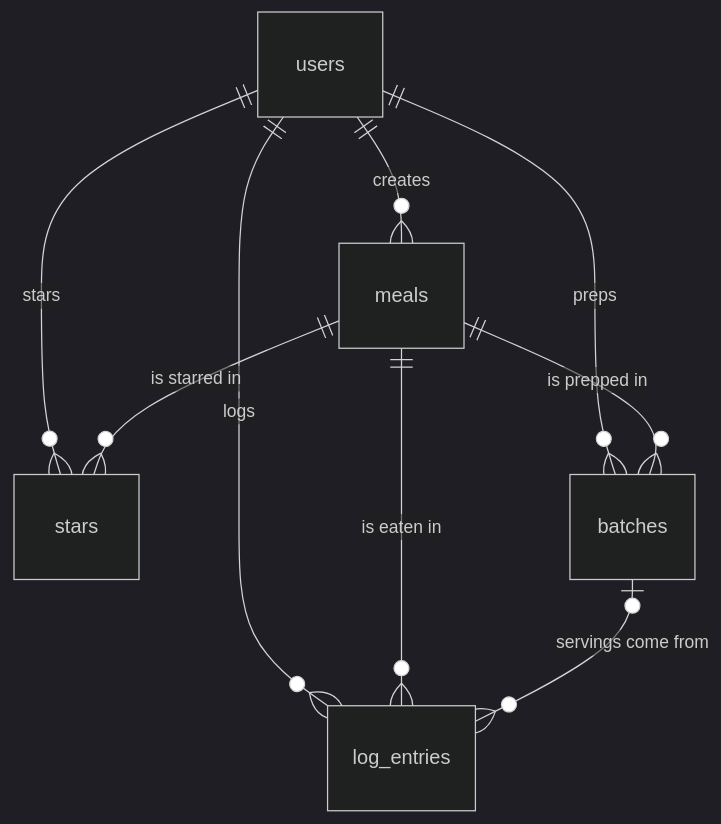
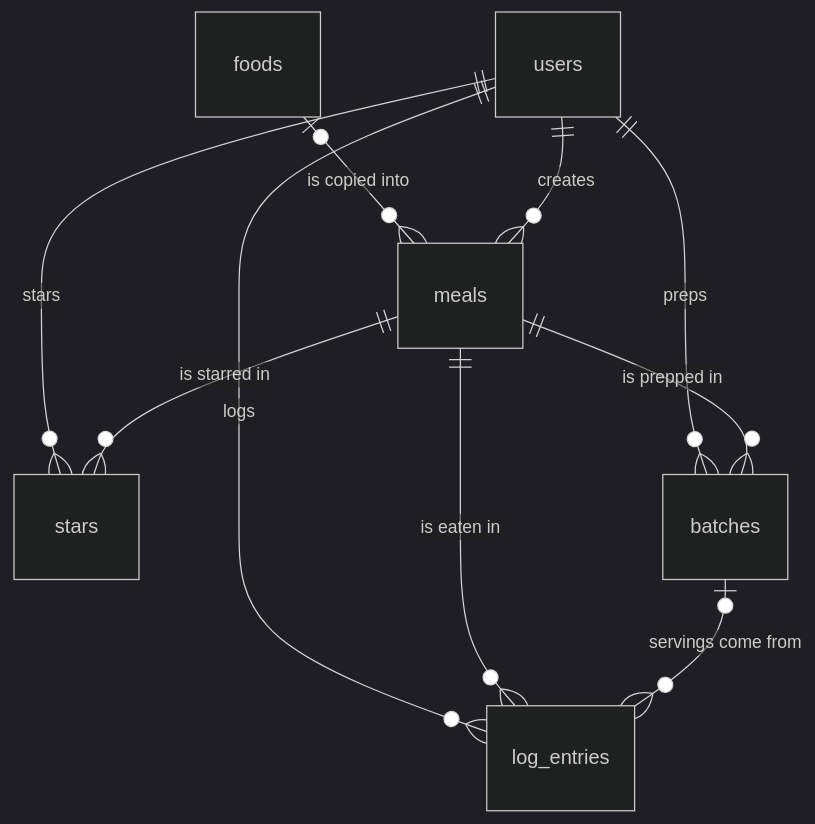
Before and after one commit to billymatthews48/prepped: the diagram in schema.md, drawn with Mermaid (dark theme). The commit also changed other lines of this file and 18 other files, not shown here.

````diff
--- a/schema.md
+++ b/schema.md
@@ -24,11 +26,12 @@
 ```mermaid
 erDiagram
+  foods |o--o{ meals : "is copied into"
   users ||--o{ meals : "creates"
   users ||--o{ log_entries : "logs"
   users ||--o{ stars : "stars"
   meals ||--o{ stars : "is starred in"
   meals ||--o{ log_entries : "is eaten in"
   users ||--o{ batches : "preps"
   meals ||--o{ batches : "is prepped in"
   batches |o--o{ log_entries : "servings come from"
 ```
````
